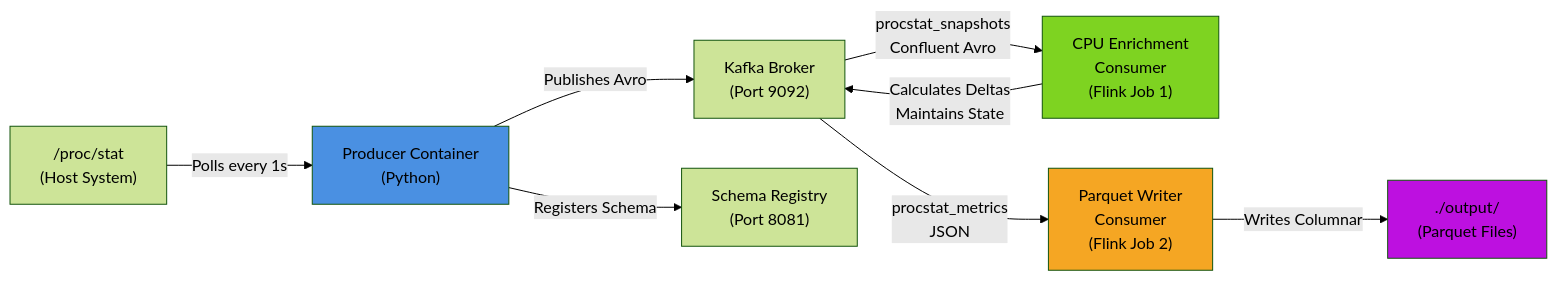
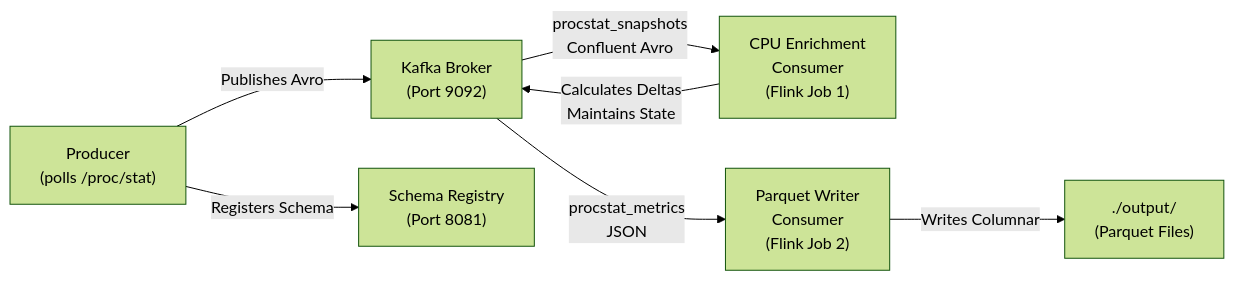
The diagram in local-pipeline/README.md (mmudama/misc), drawn with Mermaid (forest theme) before and after one commit. The commit also changed other lines of this file and 2 other files, not shown here.

````diff
--- a/local-pipeline/README.md
+++ b/local-pipeline/README.md
@@ -11,22 +11,16 @@
 ```mermaid
 graph LR
-    procstat["/proc/stat<br/>(Host System)"]
-    producer["Producer Container<br/>(Python)"]
+    producer["Producer<br/> (polls /proc/stat)"]
     kafka["Kafka Broker<br/>(Port 9092)"]
     registry["Schema Registry<br/>(Port 8081)"]
     
-    procstat -->|Polls every 1s| producer
     producer -->|Registers Schema| registry
     producer -->|Publishes Avro| kafka
     
     kafka -->|procstat_snapshots<br/>Confluent Avro| enrichment["CPU Enrichment<br/>Consumer<br/>(Flink Job 1)"]
     enrichment -->|Calculates Deltas<br/>Maintains State| kafka
     kafka -->|procstat_metrics<br/>JSON| parquet["Parquet Writer<br/>Consumer<br/>(Flink Job 2)"]
     
     parquet -->|Writes Columnar| output["./output/<br/>(Parquet Files)"]
     
-    style producer fill:#4A90E2
-    style enrichment fill:#7ED321
-    style parquet fill:#F5A623
-    style output fill:#BD10E0
 ```
````
